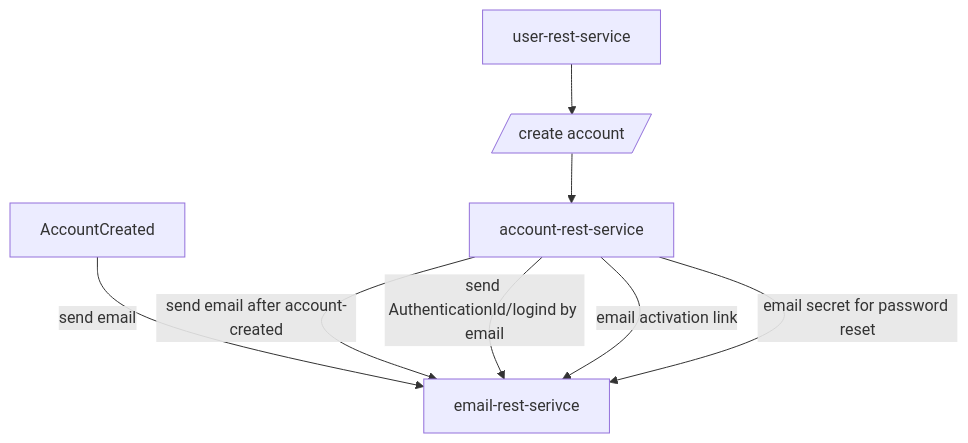
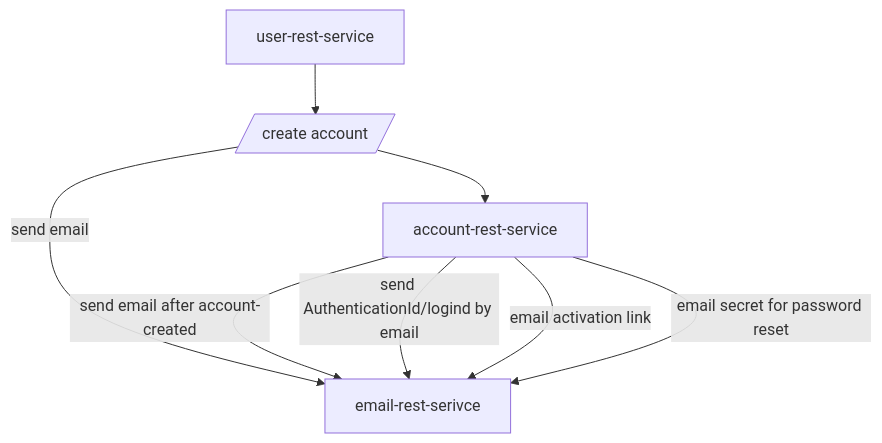
The diagram in README.md (sonamsamdupkhangsar/email-rest-service), drawn with Mermaid before and after one commit.

Commit message:
add mermaidms

````diff
--- a/README.md
+++ b/README.md
@@ -9,10 +9,10 @@
 ```mermaid
 flowchart TD
  User[user-rest-service] --> createAccount[/create account/] -->Account[account-rest-service]
  
- AccountCreated--"send email"--> email[email-rest-serivce]
+ createAccount--"send email"--> email[email-rest-serivce]
  Account[account-rest-service] --"send email after account-created"--> email[email-rest-serivce]
  Account --"send AuthenticationId/logind by email"--> email
  Account --"email activation link"-->email
  Account --"email secret for password reset" -->email
 ```
````
